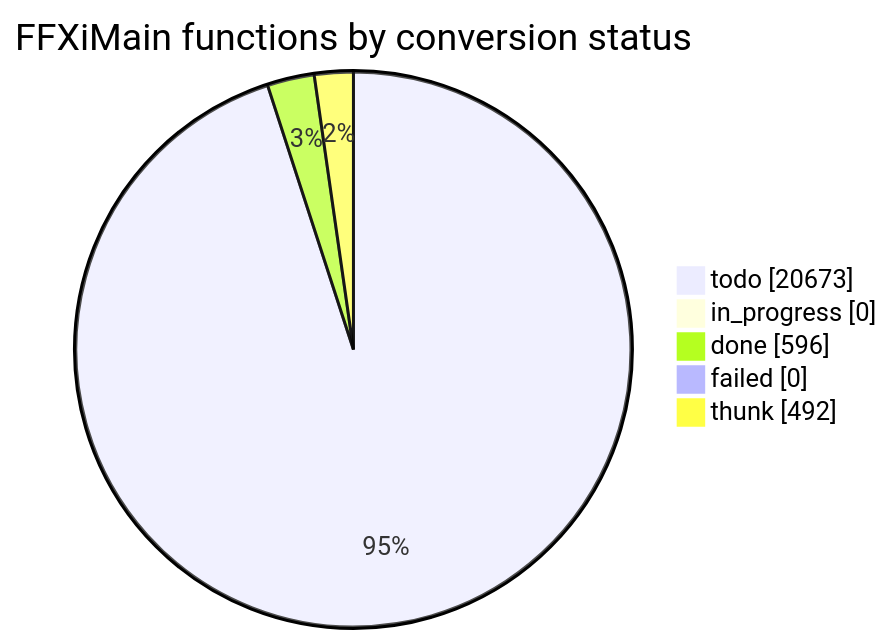
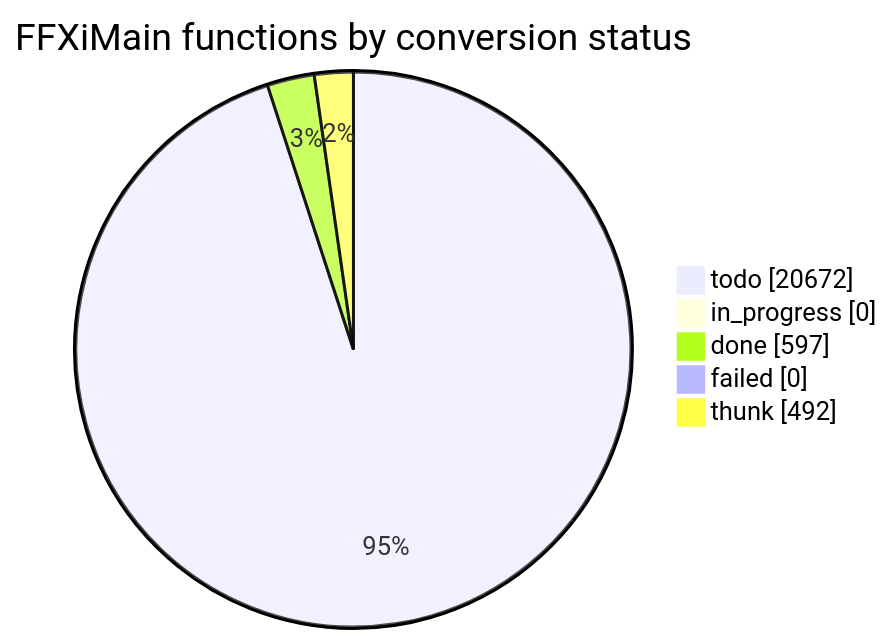
Before and after one commit to cowrevenge/cow_kuluu_xi_anything: the diagram in docs/cow/STATUS.md, drawn with Mermaid. The commit also changed other lines of this file and 9 other files, not shown here.

````diff
--- a/docs/cow/STATUS.md
+++ b/docs/cow/STATUS.md
@@ -18,9 +18,9 @@
 ```mermaid
 pie showData
     title FFXiMain functions by conversion status
-    "todo" : 20673
+    "todo" : 20672
     "in_progress" : 0
-    "done" : 596
+    "done" : 597
     "failed" : 0
     "thunk" : 492
 ```
````
